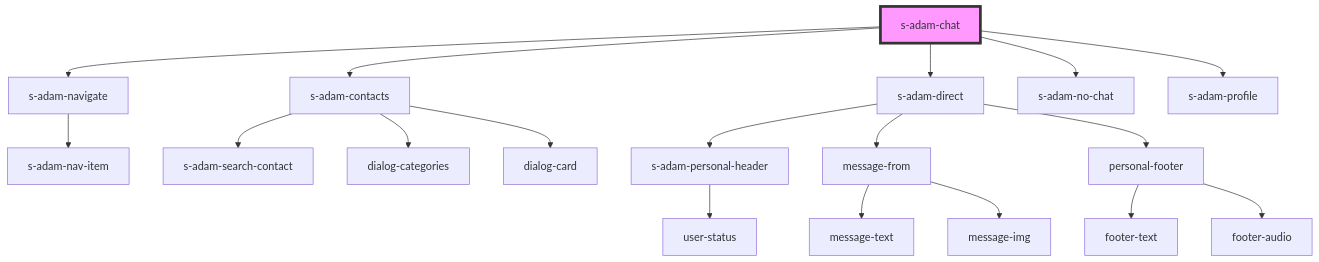
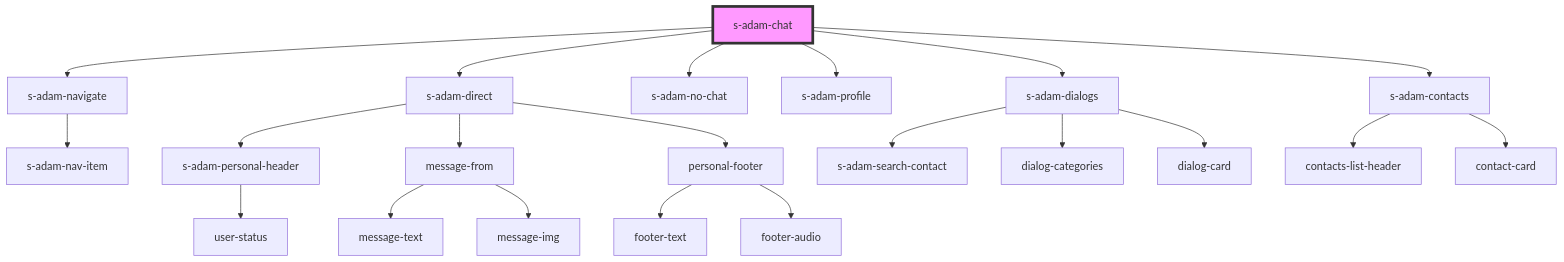
One commit to saqhan/stencil-chat changed the diagram in src/components/comp/s-adam-chat/readme.md. Above: the diagram before and after it, drawn with Mermaid. The commit also changed other lines of this file and 23 other files, not shown here.

````diff
--- a/src/components/comp/s-adam-chat/readme.md
+++ b/src/components/comp/s-adam-chat/readme.md
@@ -19,21 +27,24 @@
 ```mermaid
 graph TD;
   s-adam-chat --> s-adam-navigate
-  s-adam-chat --> s-adam-contacts
   s-adam-chat --> s-adam-direct
   s-adam-chat --> s-adam-no-chat
   s-adam-chat --> s-adam-profile
+  s-adam-chat --> s-adam-dialogs
+  s-adam-chat --> s-adam-contacts
   s-adam-navigate --> s-adam-nav-item
-  s-adam-contacts --> s-adam-search-contact
-  s-adam-contacts --> dialog-categories
-  s-adam-contacts --> dialog-card
   s-adam-direct --> s-adam-personal-header
   s-adam-direct --> message-from
   s-adam-direct --> personal-footer
   s-adam-personal-header --> user-status
   message-from --> message-text
   message-from --> message-img
   personal-footer --> footer-text
   personal-footer --> footer-audio
+  s-adam-dialogs --> s-adam-search-contact
+  s-adam-dialogs --> dialog-categories
+  s-adam-dialogs --> dialog-card
+  s-adam-contacts --> contacts-list-header
+  s-adam-contacts --> contact-card
   style s-adam-chat fill:#f9f,stroke:#333,stroke-width:4px
 ```
````
